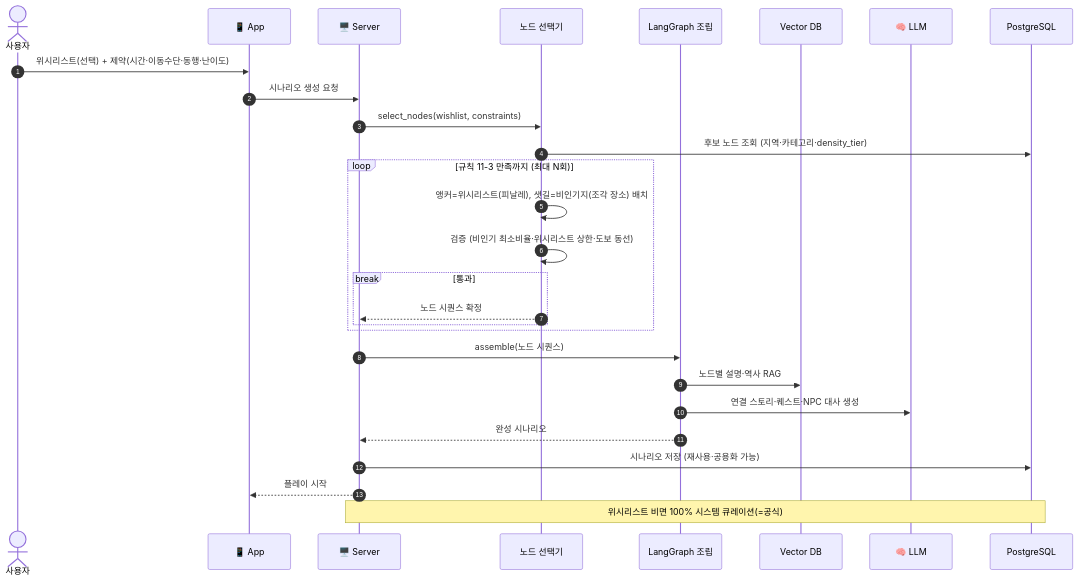
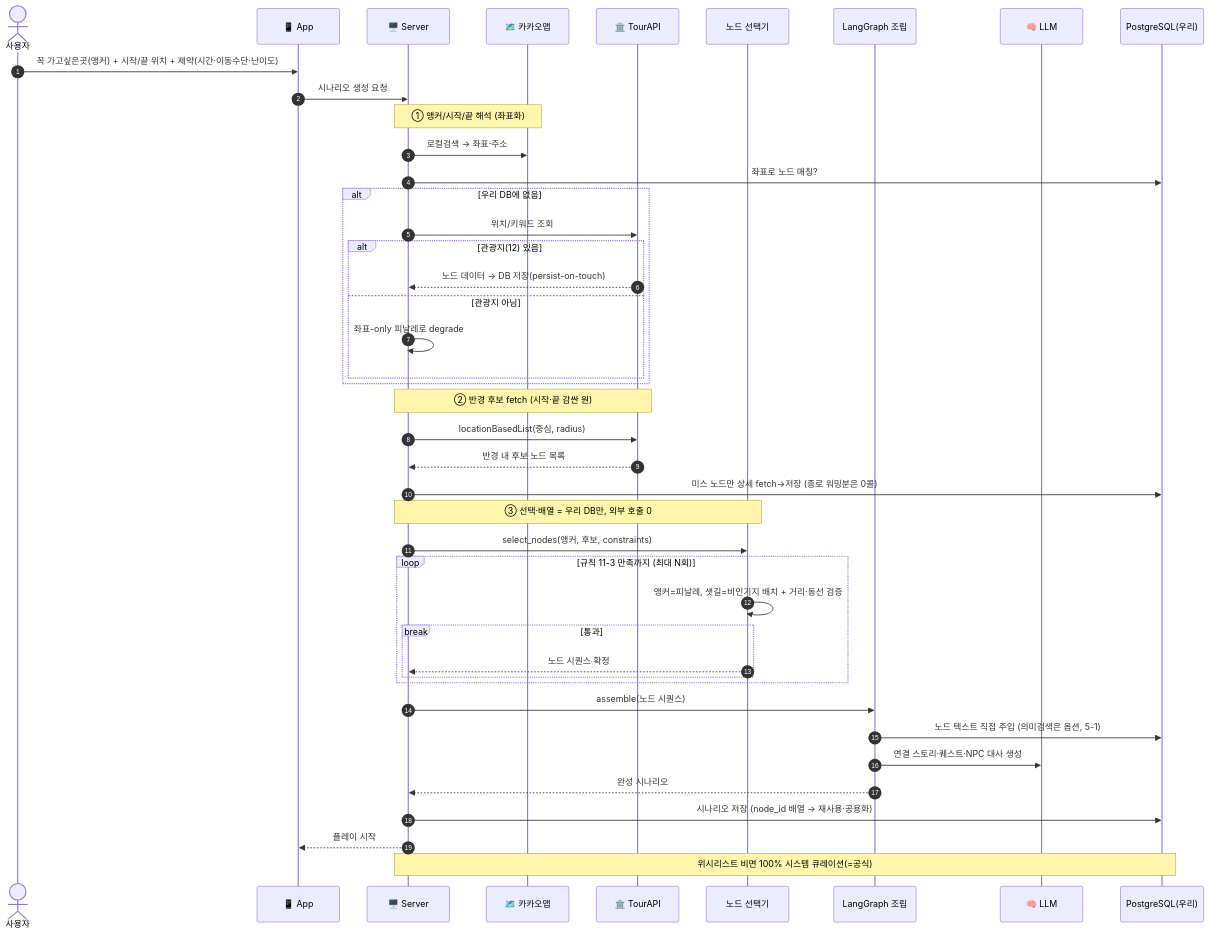
The seventh of 13 diagrams in report/아키텍처_파이프라인.md (2026-genai-ar-tourism-data-rpg/.github), drawn with Mermaid before and after one commit. The commit also changed other lines of this file and 1 other file, not shown here.

````diff
--- a/report/아키텍처_파이프라인.md
+++ b/report/아키텍처_파이프라인.md
@@ -345,31 +367,46 @@
 ```mermaid
 sequenceDiagram
     autonumber
     actor U as 사용자
     participant App as 📱 App
     participant S as 🖥️ Server
+    participant K as 🗺️ 카카오맵
+    participant T as 🏛️ TourAPI
     participant SEL as 노드 선택기
     participant G as LangGraph 조립
-    participant V as Vector DB
     participant L as 🧠 LLM
-    participant DB as PostgreSQL
+    participant DB as PostgreSQL(우리)
 
-    U->>App: 위시리스트(선택) + 제약(시간·이동수단·동행·난이도)
+    U->>App: 꼭 가고싶은곳(앵커) + 시작/끝 위치 + 제약(시간·이동수단·난이도)
     App->>S: 시나리오 생성 요청
-    S->>SEL: select_nodes(wishlist, constraints)
-    SEL->>DB: 후보 노드 조회 (지역·카테고리·density_tier)
+    Note over S,K: ① 앵커/시작/끝 해석 (좌표화)
+    S->>K: 로컬검색 → 좌표·주소
+    S->>DB: 좌표로 노드 매칭?
+    alt 우리 DB에 없음
+        S->>T: 위치/키워드 조회
+        alt 관광지(12) 있음
+            T-->>S: 노드 데이터 → DB 저장(persist-on-touch)
+        else 관광지 아님
+            S->>S: 좌표-only 피날레로 degrade
+        end
+    end
+    Note over S,T: ② 반경 후보 fetch (시작·끝 감싼 원)
+    S->>T: locationBasedList(중심, radius)
+    T-->>S: 반경 내 후보 노드 목록
+    S->>DB: 미스 노드만 상세 fetch→저장 (종로 워밍분은 0콜)
+    Note over S,SEL: ③ 선택·배열 = 우리 DB만, 외부 호출 0
+    S->>SEL: select_nodes(앵커, 후보, constraints)
     loop 규칙 11-3 만족까지 (최대 N회)
-        SEL->>SEL: 앵커=위시리스트(피날레), 샛길=비인기지(조각 장소) 배치
-        SEL->>SEL: 검증 (비인기 최소비율·위시리스트 상한·도보 동선)
+        SEL->>SEL: 앵커=피날레, 샛길=비인기지 배치 + 거리·동선 검증
         break 통과
             SEL-->>S: 노드 시퀀스 확정
         end
     end
     S->>G: assemble(노드 시퀀스)
-    G->>V: 노드별 설명·역사 RAG
+    G->>DB: 노드 텍스트 직접 주입 (의미검색은 옵션, 5-1)
     G->>L: 연결 스토리·퀘스트·NPC 대사 생성
     G-->>S: 완성 시나리오
-    S->>DB: 시나리오 저장 (재사용·공용화 가능)
+    S->>DB: 시나리오 저장 (node_id 배열 → 재사용·공용화)
     S-->>App: 플레이 시작
     Note over S,DB: 위시리스트 비면 100% 시스템 큐레이션(=공식)
 ```
````
